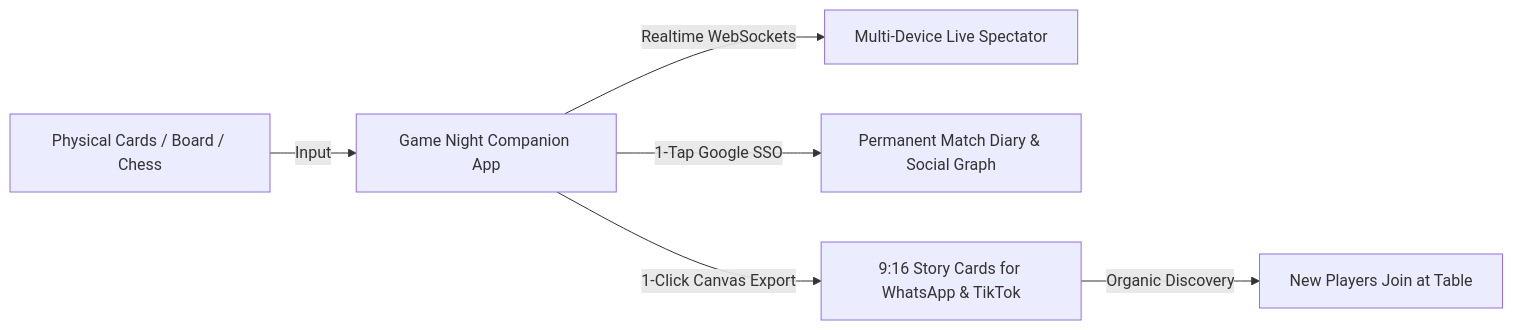
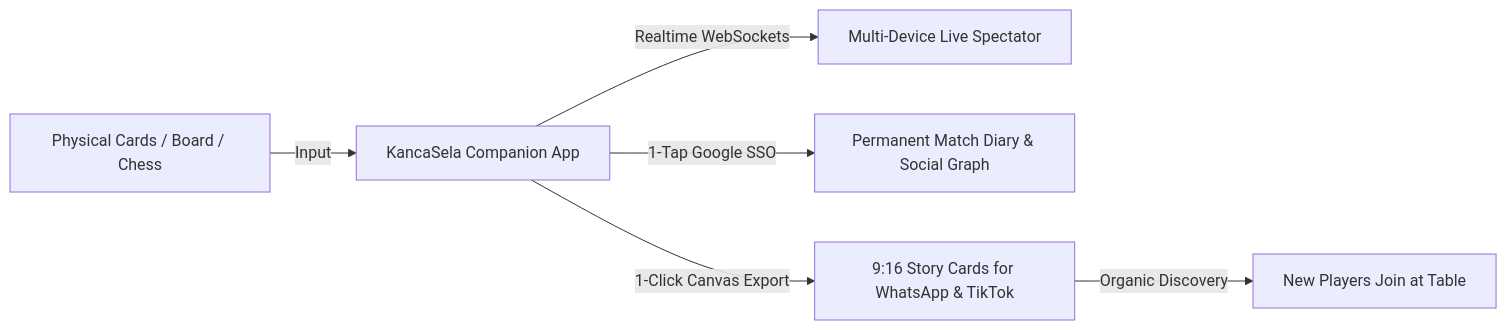
Before and after one commit to gabrielfermy/TrufCardOne: the first of 3 diagrams in docs/investor_deck.md, drawn with Mermaid. The commit also changed other lines of this file and 16 other files, not shown here.

Commit message:
feat(branding): rebrand Game Night Suite to KancaSela across all modules and documentation

````diff
--- a/docs/investor_deck.md
+++ b/docs/investor_deck.md
@@ -45,8 +45,8 @@
 ```mermaid
 graph LR
-    Physical[Physical Cards / Board / Chess] -->|Input| Suite[Game Night Companion App]
+    Physical[Physical Cards / Board / Chess] -->|Input| Suite[KancaSela Companion App]
     Suite -->|Realtime WebSockets| LiveSync[Multi-Device Live Spectator]
     Suite -->|1-Tap Google SSO| Diary[Permanent Match Diary & Social Graph]
     Suite -->|1-Click Canvas Export| Social[9:16 Story Cards for WhatsApp & TikTok]
     Social -->|Organic Discovery| NewUsers[New Players Join at Table]
 ```
````
